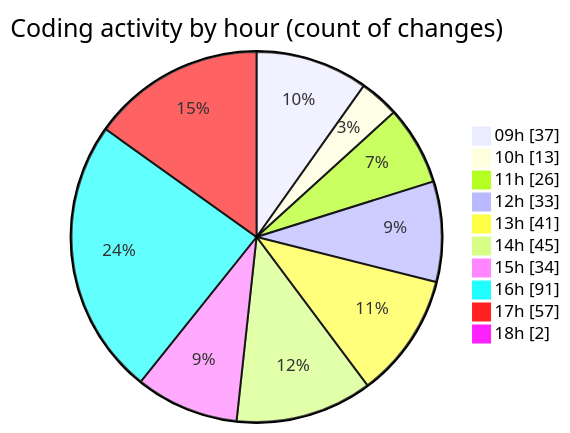
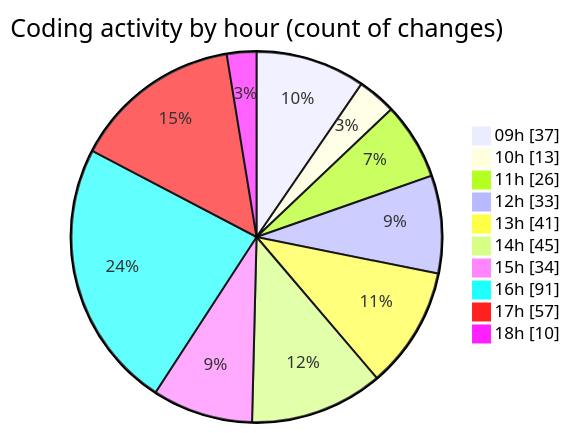
The second of 2 diagrams in 2026-04-23/cda/README.md (momahboobian/code-tracking), drawn with Mermaid before and after one commit. The commit also changed other lines of this file and 1 other file, not shown here.

````diff
--- a/2026-04-23/cda/README.md
+++ b/2026-04-23/cda/README.md
@@ -57,14 +57,14 @@
 ```mermaid
 pie showData
 title Coding activity by hour (count of changes)
 "09h" : 37
 "10h" : 13
 "11h" : 26
 "12h" : 33
 "13h" : 41
 "14h" : 45
 "15h" : 34
 "16h" : 91
 "17h" : 57
-"18h" : 2
+"18h" : 10
 ```
````
